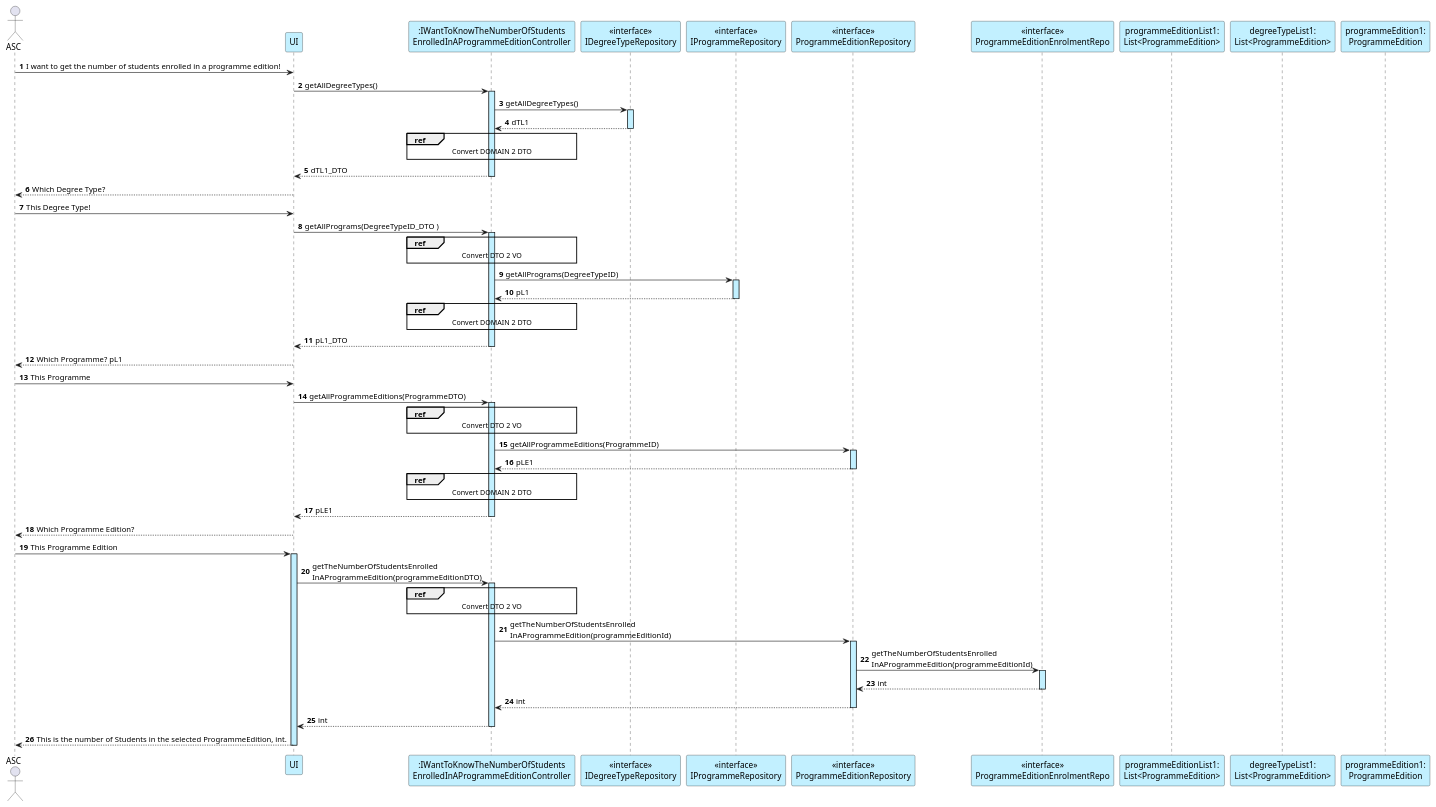
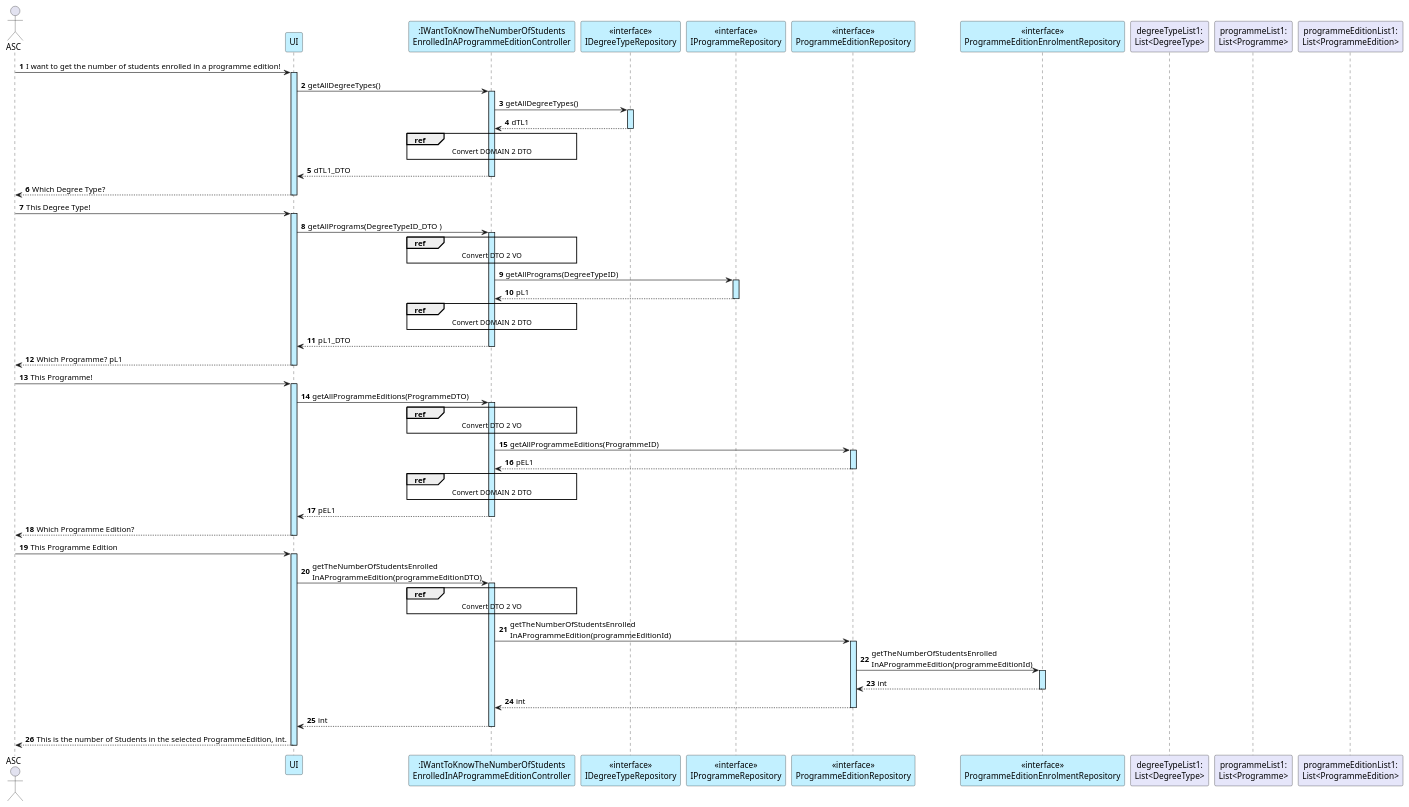
Before and after one commit to GasparISEP/DevOps-PAI: the diagram in docs/US21/US21_IWantToGetTheNumberOfStudentsEnrolledInAProgrammeEdition_SequenceDiagram_DDD.puml, drawn with PlantUML. The commit also changed 2 other files, not shown here.

```diff
--- a/docs/US21/US21_IWantToGetTheNumberOfStudentsEnrolledInAProgrammeEdition_SequenceDiagram_DDD.puml
+++ b/docs/US21/US21_IWantToGetTheNumberOfStudentsEnrolledInAProgrammeEdition_SequenceDiagram_DDD.puml
@@ -1,81 +1,84 @@
 @startuml US21
 
 skinparam ParticipantBackgroundColor #application
 skinparam SequenceLifeLineBackgroundColor #application
 skinparam RefBorderColor #application
 
 actor ASC
 participant UI
 participant ":IWantToKnowTheNumberOfStudents\nEnrolledInAProgrammeEditionController" as CTR
 participant "<<interface>>\nIDegreeTypeRepository"  as IDTR
 participant "<<interface>>\nIProgrammeRepository"  as IPR
 participant "<<interface>>\nProgrammeEditionRepository" as IPER
-participant "<<interface>>\nProgrammeEditionEnrolmentRepo"  as IPEER
-participant "programmeEditionList1:\nList<ProgrammeEdition>" as PL
-participant "degreeTypeList1:\nList<ProgrammeEdition>" as DTL1
-participant "programmeEdition1:\nProgrammeEdition"  as PE
+participant "<<interface>>\nProgrammeEditionEnrolmentRepository"  as IPEER
+
+participant "degreeTypeList1:\nList<DegreeType>" #E6E6FA
+participant "programmeList1:\nList<Programme>"  #E6E6FA
+participant "programmeEditionList1:\nList<ProgrammeEdition>" #E6E6FA
 
 autonumber
 
-ASC -> UI:  I want to get the number of students enrolled in a programme edition!
+ASC -> UI ++ :  I want to get the number of students enrolled in a programme edition!
 UI -> CTR ++ : getAllDegreeTypes()
 CTR -> IDTR ++: getAllDegreeTypes()
 CTR <-- IDTR -- : dTL1
 
 ref over CTR
     Convert DOMAIN 2 DTO
 end ref
 
 UI <-- CTR  -- : dTL1_DTO
 UI --> ASC -- : Which Degree Type?
-ASC -> UI: This Degree Type!
+ASC -> UI ++ : This Degree Type!
 
 
 UI -> CTR ++ : getAllPrograms(DegreeTypeID_DTO )
 
 ref over CTR
     Convert DTO 2 VO
 end ref
 
 CTR -> IPR ++: getAllPrograms(DegreeTypeID)
 CTR <-- IPR --: pL1
+
 ref over CTR
     Convert DOMAIN 2 DTO
 end ref
+
 UI <-- CTR -- : pL1_DTO
 UI --> ASC -- : Which Programme? pL1
 
 
-ASC -> UI: This Programme
+ASC -> UI ++ :This Programme!
 
 UI -> CTR ++ : getAllProgrammeEditions(ProgrammeDTO)
 
 ref over CTR
     Convert DTO 2 VO
 end ref
 
 CTR -> IPER ++ : getAllProgrammeEditions(ProgrammeID)
-IPER --> CTR -- : pLE1
+IPER --> CTR -- : pEL1
 
 ref over CTR
     Convert DOMAIN 2 DTO
 end ref
 
-CTR --> UI -- :pLE1
+CTR --> UI -- :pEL1
 UI --> ASC -- :Which Programme Edition?
 ASC -> UI ++ : This Programme Edition
 UI -> CTR ++ : getTheNumberOfStudentsEnrolled\nInAProgrammeEdition(programmeEditionDTO)
 
 ref over CTR
     Convert DTO 2 VO
 end ref
 
 CTR -> IPER ++ : getTheNumberOfStudentsEnrolled\nInAProgrammeEdition(programmeEditionId)
 IPER -> IPEER ++  : getTheNumberOfStudentsEnrolled\nInAProgrammeEdition(programmeEditionId)
 IPEER --> IPER -- : int
 IPER --> CTR --: int
 
 CTR --> "UI" --  : int
 
 UI --> ASC -- : This is the number of Students in the selected ProgrammeEdition, int.
 @enduml
```
